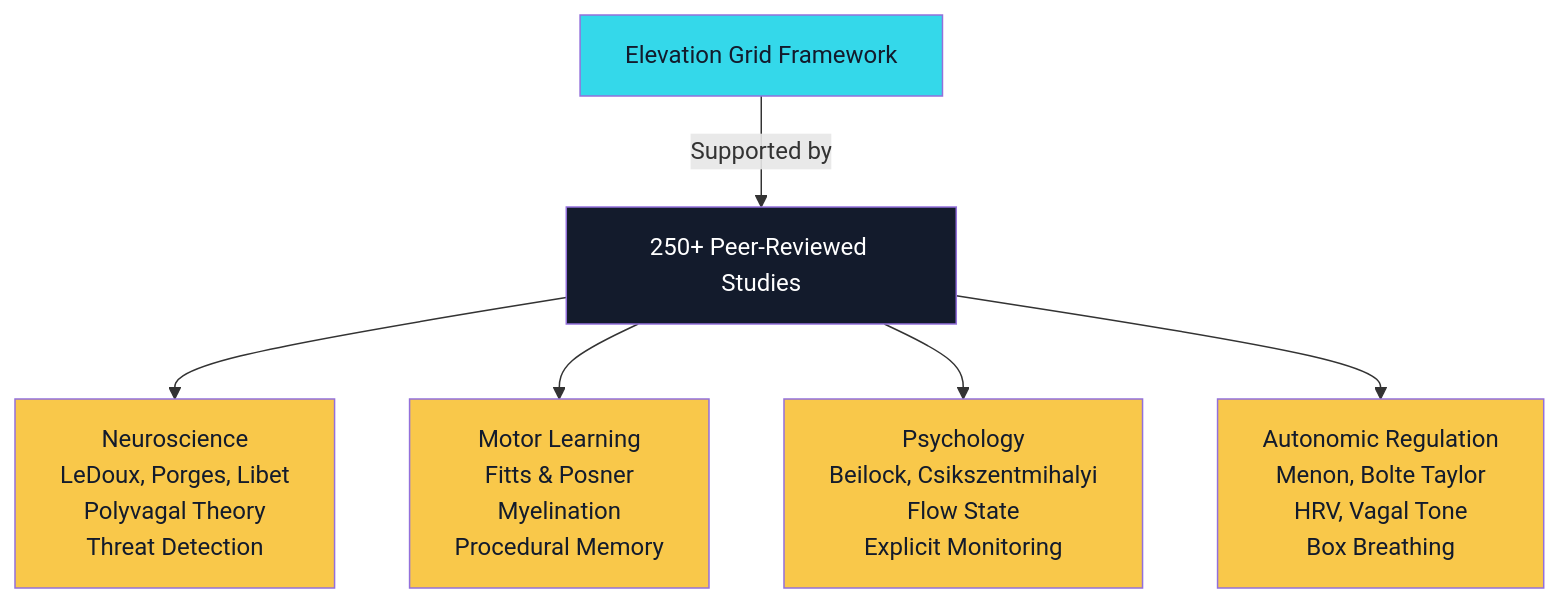
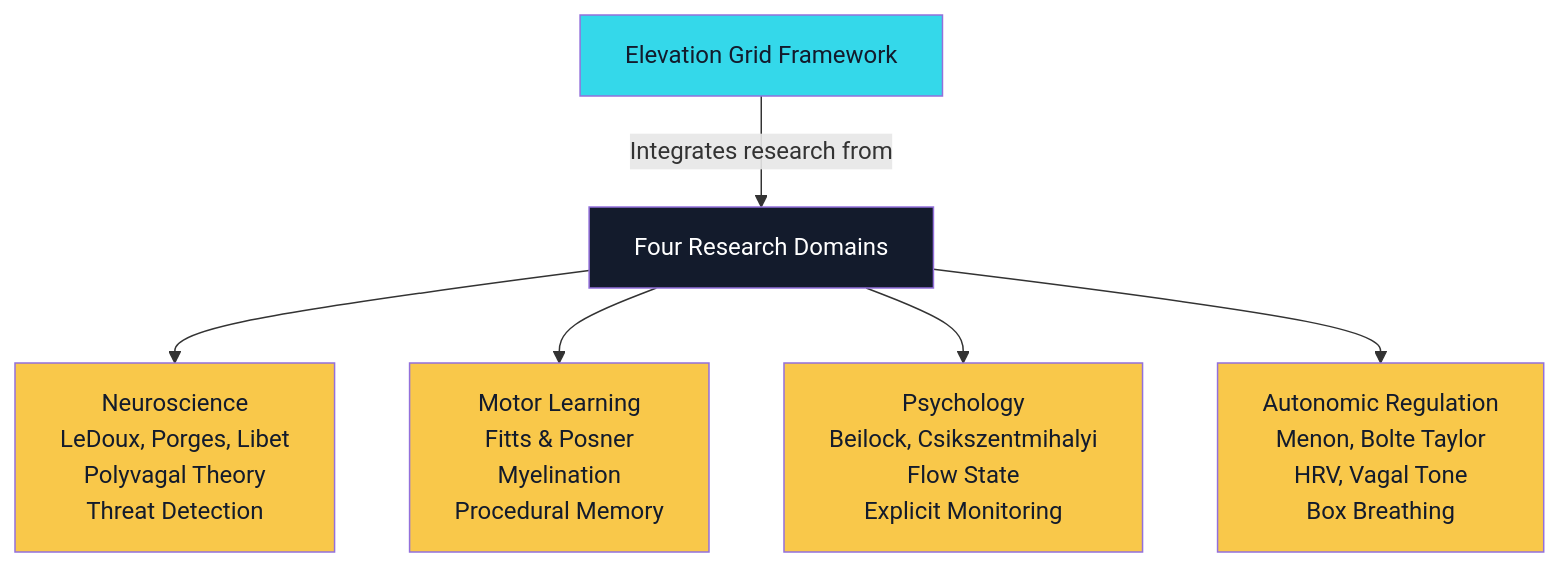
The fifth of 5 diagrams in docs/elevation-grid/index.qmd (Feirbrand/synoeticos-public), drawn with Mermaid before and after one commit. The commit also changed other lines of this file and 1 other file, not shown here.

Commit message:
docs: neutralize Elevation Grid validation language

````diff
--- a/docs/elevation-grid/index.qmd
+++ b/docs/elevation-grid/index.qmd
@@ -171,16 +146,16 @@
 ```{mermaid}
 graph TD
-    A["Elevation Grid Framework"] -->|"Supported by"| B["250+ Peer-Reviewed Studies"]
+    A["Elevation Grid Framework"] -->|"Integrates research from"| B["Four Research Domains"]
     
     B --> C["Neuroscience<br/>LeDoux, Porges, Libet<br/>Polyvagal Theory<br/>Threat Detection"]
     B --> D["Motor Learning<br/>Fitts & Posner<br/>Myelination<br/>Procedural Memory"]
     B --> E["Psychology<br/>Beilock, Csikszentmihalyi<br/>Flow State<br/>Explicit Monitoring"]
     B --> F["Autonomic Regulation<br/>Menon, Bolte Taylor<br/>HRV, Vagal Tone<br/>Box Breathing"]
     
     style A fill:#34D8EA,color:#131B2C
     style B fill:#131B2C,color:#FFFFFF
     style C fill:#F9C84A,color:#131B2C
     style D fill:#F9C84A,color:#131B2C
     style E fill:#F9C84A,color:#131B2C
     style F fill:#F9C84A,color:#131B2C
 ```
````
